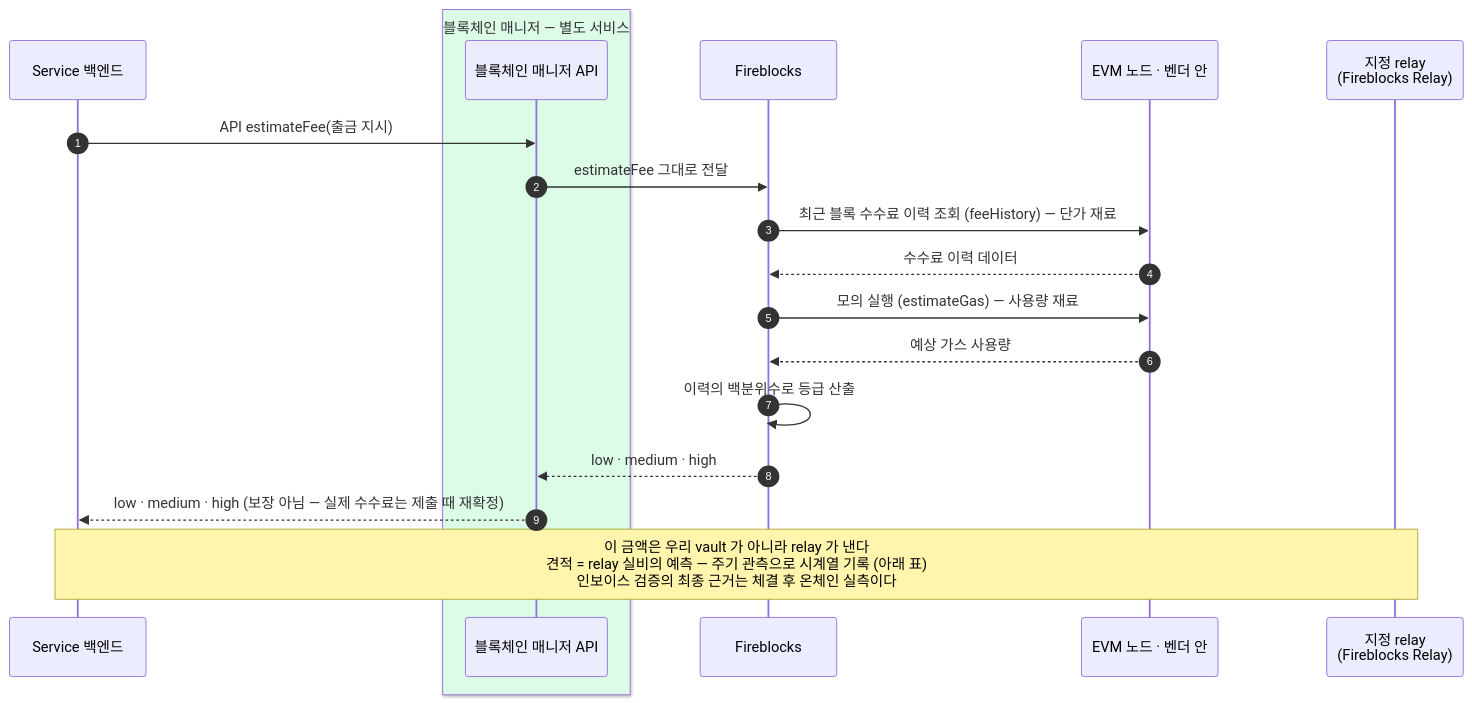
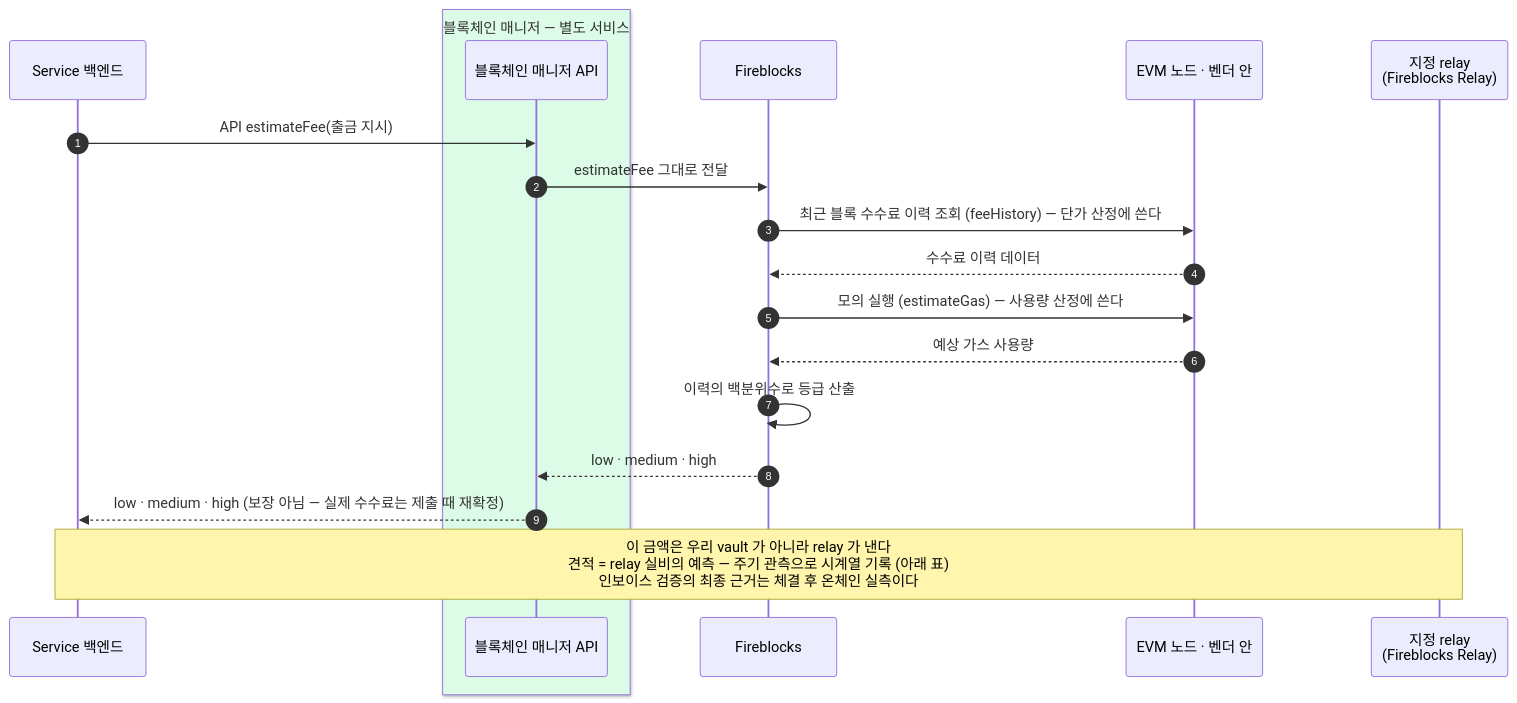
One commit to eunsujeo/eunpus changed the diagram in blockchain-manager/docs/블록체인매니저/설계/07-estimate-fee.md. Above: the diagram before and after it, drawn with Mermaid. The commit also changed other lines of this file and 26 other files, not shown here.

````diff
--- a/blockchain-manager/docs/블록체인매니저/설계/07-estimate-fee.md
+++ b/blockchain-manager/docs/블록체인매니저/설계/07-estimate-fee.md
@@ -17,22 +17,22 @@
 ```mermaid
 sequenceDiagram
     autonumber
     participant BE as Service 백엔드
     box rgb(220,252,231) 블록체인 매니저 — 별도 서비스
     participant BM as 블록체인 매니저 API
     end
     participant FB as Fireblocks
     participant CH as EVM 노드 · 벤더 안
     participant RL as 지정 relay<br/>(Fireblocks Relay)
 
     BE->>BM: API estimateFee(출금 지시)
     BM->>FB: estimateFee 그대로 전달
-    FB->>CH: 최근 블록 수수료 이력 조회 (feeHistory) — 단가 재료
+    FB->>CH: 최근 블록 수수료 이력 조회 (feeHistory) — 단가 산정에 쓴다
     CH-->>FB: 수수료 이력 데이터
-    FB->>CH: 모의 실행 (estimateGas) — 사용량 재료
+    FB->>CH: 모의 실행 (estimateGas) — 사용량 산정에 쓴다
     CH-->>FB: 예상 가스 사용량
     FB->>FB: 이력의 백분위수로 등급 산출
     FB-->>BM: low · medium · high
     BM-->>BE: low · medium · high (보장 아님 — 실제 수수료는 제출 때 재확정)
     Note over BE,RL: 이 금액은 우리 vault 가 아니라 relay 가 낸다<br/>견적 = relay 실비의 예측 — 주기 관측으로 시계열 기록 (아래 표)<br/>인보이스 검증의 최종 근거는 체결 후 온체인 실측이다
 ```
````
